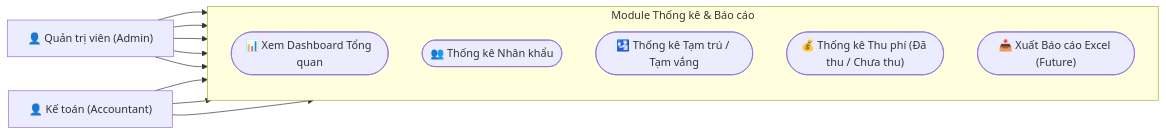
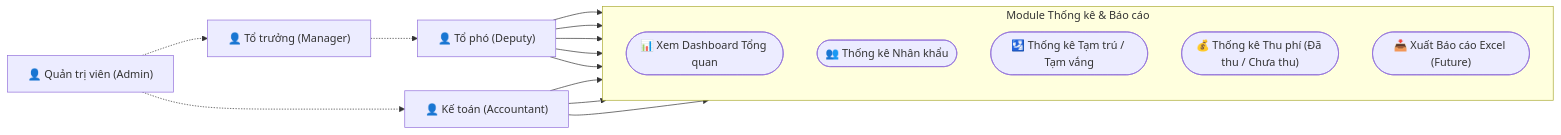
Before and after one commit to anhtranguyen-github/DarkSun: the diagram in specs/usecase_statistics.md, drawn with Mermaid. The commit also changed 4 other files, not shown here.

````diff
--- a/specs/usecase_statistics.md
+++ b/specs/usecase_statistics.md
@@ -3,27 +3,35 @@
 ```mermaid
 graph LR
     %% Actors
+    Manager["👤 Tổ trưởng (Manager)"]
+    Deputy["👤 Tổ phó (Deputy)"]
     Accountant["👤 Kế toán (Accountant)"]
     Admin["👤 Quản trị viên (Admin)"]
 
     %% System
     subgraph Module ["Module Thống kê & Báo cáo"]
         direction TB
         UC_Dashboard(["📊 Xem Dashboard Tổng quan"])
         UC_StatResident(["👥 Thống kê Nhân khẩu"])
         UC_StatTemp(["🛂 Thống kê Tạm trú / Tạm vắng"])
         UC_StatFees(["💰 Thống kê Thu phí (Đã thu / Chưa thu)"])
         UC_Export(["📥 Xuất Báo cáo Excel (Future)"])
     end
+    
+    %% Inheritance
+    Admin -.-> Manager
+    Manager -.-> Deputy
+    Admin -.-> Accountant
 
-    %% Relationships
-    Admin --> UC_Dashboard
-    Admin --> UC_StatResident
-    Admin --> UC_StatTemp
-    Admin --> UC_StatFees
-    Admin --> UC_Export
+    %% Relationships - Deputy (Broad Access)
+    Deputy --> UC_Dashboard
+    Deputy --> UC_StatResident
+    Deputy --> UC_StatTemp
+    Deputy --> UC_StatFees
+    Deputy --> UC_Export
 
+    %% Relationships - Accountant (Financial Focus)
     Accountant --> UC_Dashboard
     Accountant --> UC_StatFees
     Accountant --> UC_Export
 ```
````
